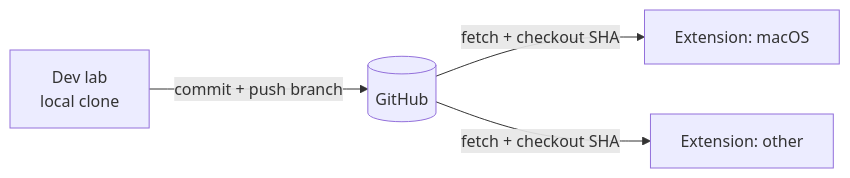
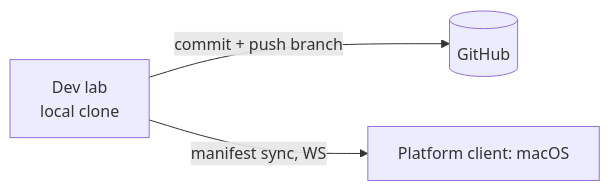
The diagram in cards/repo-sync.md (epatel/claude-agent-team), drawn with Mermaid before and after one commit. The commit also changed other lines of this file and 24 other files, not shown here.

First line of the commit message:
Reverse the platform-client connection: clients dial the lab (M6 v1)

````diff
--- a/cards/repo-sync.md
+++ b/cards/repo-sync.md
@@ -18,6 +19,5 @@
 ```mermaid
 flowchart LR
     LAB[Dev lab\nlocal clone] -->|commit + push branch| GH[(GitHub)]
-    GH -->|fetch + checkout SHA| EXT1[Extension: macOS]
-    GH -->|fetch + checkout SHA| EXT2[Extension: other]
+    LAB -->|manifest sync, WS| EXT1[Platform client: macOS]
 ```
````
